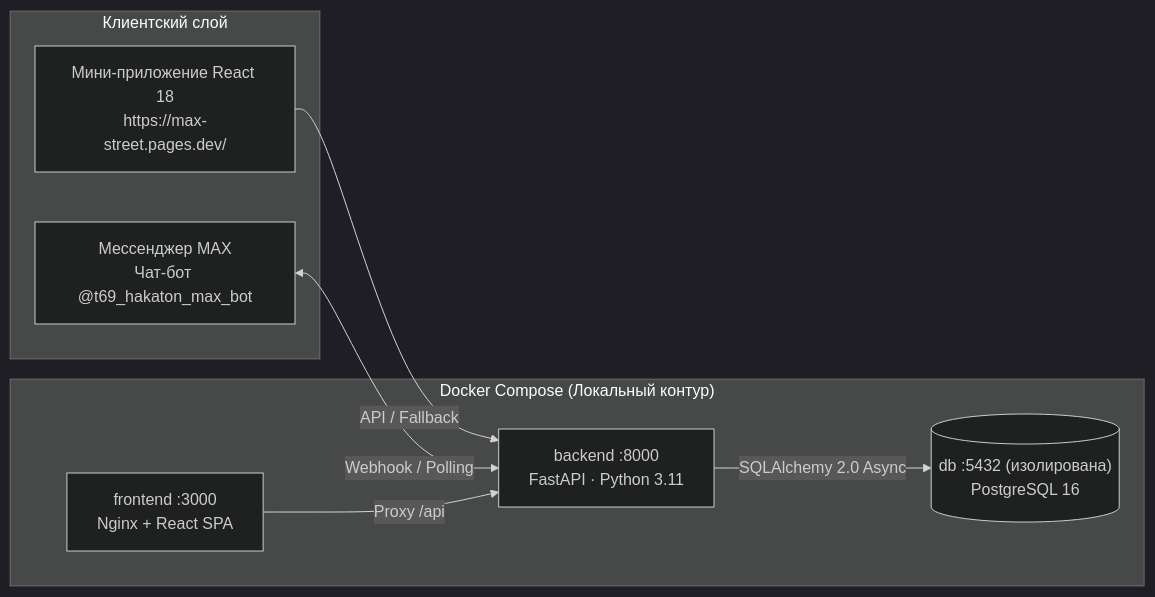
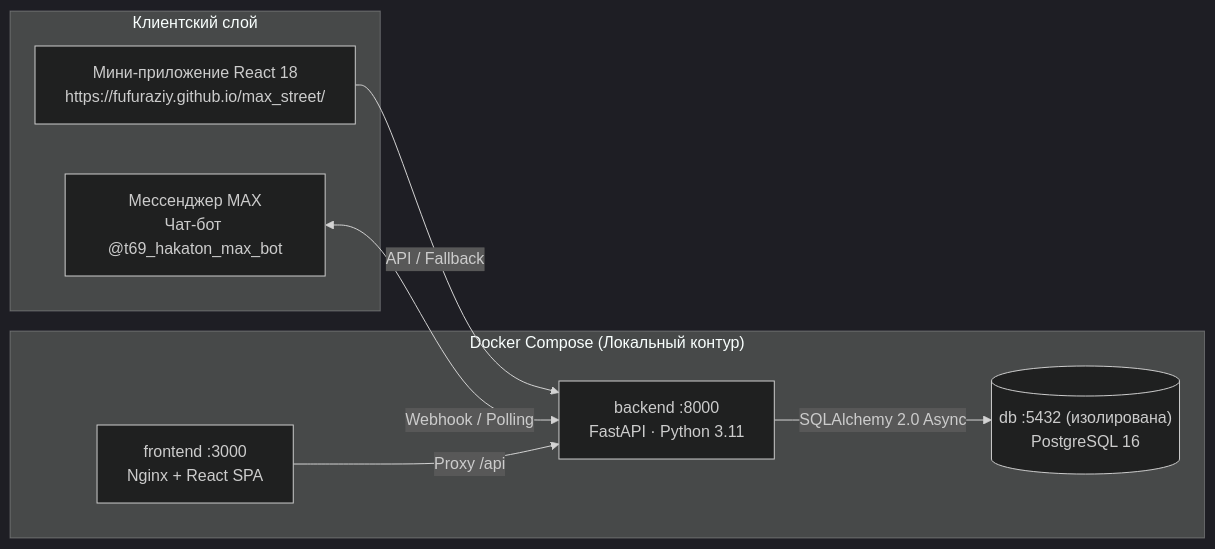
One commit to Fufuraziy/max_street changed the diagram in README.md. Above: the diagram before and after it, drawn with Mermaid (dark theme). The commit also changed other lines of this file and 5 other files, not shown here.

Commit message:
fix(bot): update miniapp public URL to https://fufuraziy.github.io/max_street/

````diff
--- a/README.md
+++ b/README.md
@@ -48,18 +48,18 @@
 ```mermaid
 flowchart LR
     subgraph Client["Клиентский слой"]
         MAX["Мессенджер MAX<br/>Чат-бот @t69_hakaton_max_bot"]
-        WEB["Мини-приложение React 18<br/>https://max-street.pages.dev/"]
+        WEB["Мини-приложение React 18<br/>https://fufuraziy.github.io/max_street/"]
     end
 
     subgraph Compose["Docker Compose (Локальный контур)"]
         FE["frontend :3000<br/>Nginx + React SPA"]
         BE["backend :8000<br/>FastAPI · Python 3.11"]
         DB[("db :5432 (изолирована)<br/>PostgreSQL 16")]
     end
 
     WEB -->|API / Fallback| BE
     MAX <-->|Webhook / Polling| BE
     FE -->|Proxy /api| BE
     BE -->|SQLAlchemy 2.0 Async| DB
 ```
````
